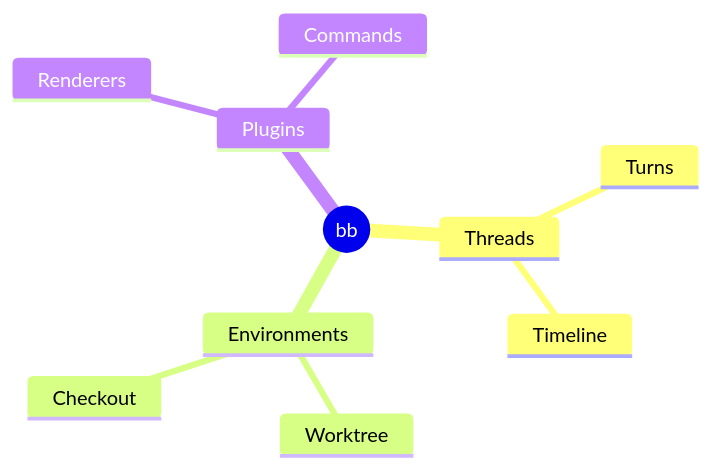
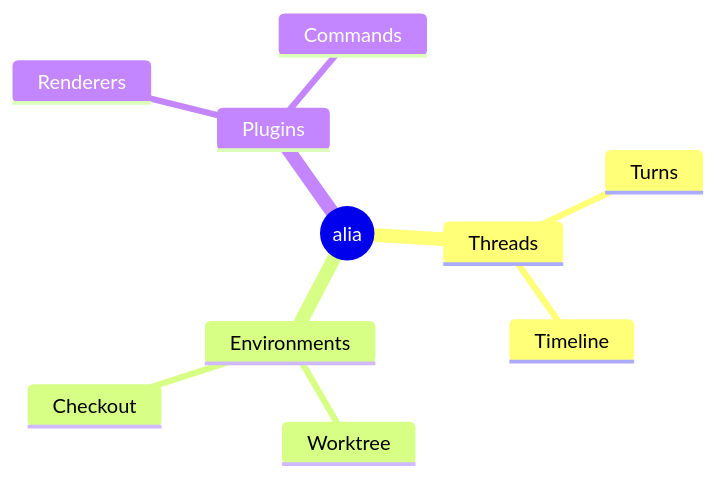
Before and after one commit to Vesnalia/vesnalia-plugins: the eighth of 18 diagrams in plugins/agentic-mermaid/gallery.md, drawn with Mermaid. The commit also changed other lines of this file and 13306 other files, not shown here.

````diff
--- a/plugins/agentic-mermaid/gallery.md
+++ b/plugins/agentic-mermaid/gallery.md
@@ -123,13 +123,13 @@
 ```mermaid
 mindmap
-  root((bb))
+  root((alia))
     Threads
       Turns
       Timeline
     Environments
       Worktree
       Checkout
     Plugins
       Renderers
       Commands
 ```
````
